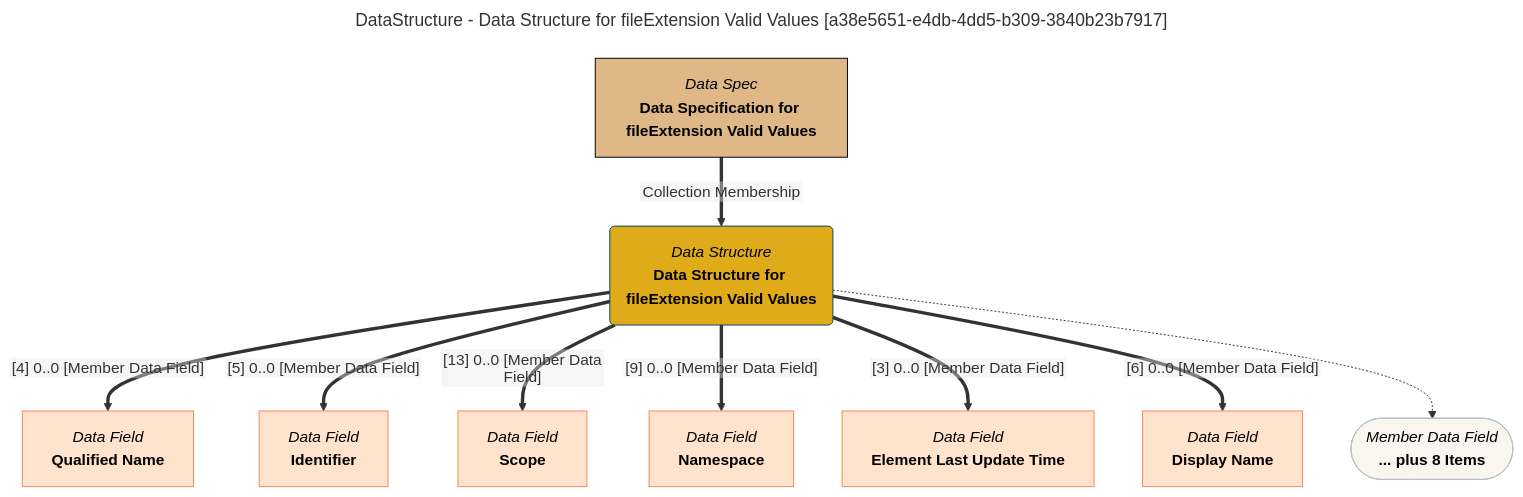
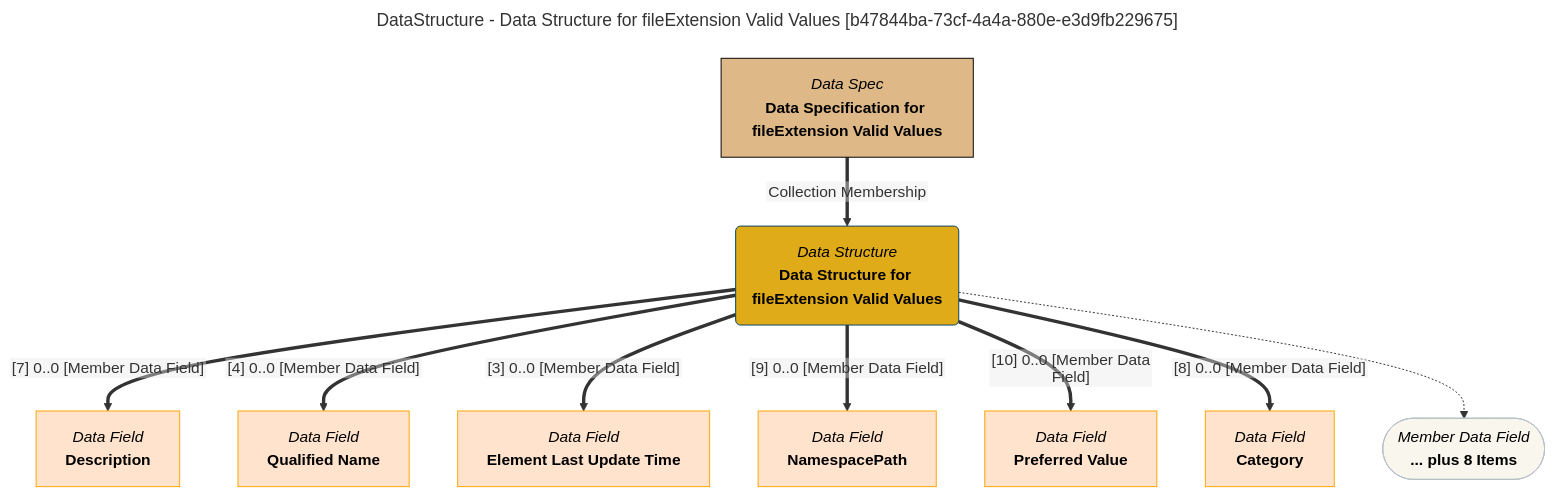
One commit to odpi/egeria-docs changed the diagram in site/snippets/data-structures/data-structure-for-fileextension-valid-values-mermaid-graph.md. Above: the diagram before and after it, drawn with Mermaid. The commit also changed 2201 other files, not shown here.

````diff
--- a/site/snippets/data-structures/data-structure-for-fileextension-valid-values-mermaid-graph.md
+++ b/site/snippets/data-structures/data-structure-for-fileextension-valid-values-mermaid-graph.md
@@ -1,43 +1,43 @@
 ```mermaid
 ---
-title: DataStructure - Data Structure for fileExtension Valid Values [a38e5651-e4db-4dd5-b309-3840b23b7917]
+title: DataStructure - Data Structure for fileExtension Valid Values [b47844ba-73cf-4a4a-880e-e3d9fb229675]
 ---
 flowchart TD
 %%{init: {"flowchart": {"htmlLabels": false}} }%%
 
 1@{ shape: rounded, label: "*Data Structure*
 **Data Structure for fileExtension Valid Values**"}
 2@{ shape: rect, label: "*Data Spec*
 **Data Specification for fileExtension Valid Values**"}
 2==>|"Collection Membership"|1
 3@{ shape: rect, label: "*Data Field*
+**Description**"}
+1==>|"[7] 0..0 [Member Data Field]"|3
+4@{ shape: rect, label: "*Data Field*
 **Qualified Name**"}
-1==>|"[4] 0..0 [Member Data Field]"|3
-4@{ shape: rect, label: "*Data Field*
-**Identifier**"}
-1==>|"[5] 0..0 [Member Data Field]"|4
+1==>|"[4] 0..0 [Member Data Field]"|4
 5@{ shape: rect, label: "*Data Field*
-**Scope**"}
-1==>|"[13] 0..0 [Member Data Field]"|5
+**Element Last Update Time**"}
+1==>|"[3] 0..0 [Member Data Field]"|5
 6@{ shape: rect, label: "*Data Field*
-**Namespace**"}
+**NamespacePath**"}
 1==>|"[9] 0..0 [Member Data Field]"|6
 7@{ shape: rect, label: "*Data Field*
-**Element Last Update Time**"}
-1==>|"[3] 0..0 [Member Data Field]"|7
+**Preferred Value**"}
+1==>|"[10] 0..0 [Member Data Field]"|7
 8@{ shape: rect, label: "*Data Field*
-**Display Name**"}
-1==>|"[6] 0..0 [Member Data Field]"|8
+**Category**"}
+1==>|"[8] 0..0 [Member Data Field]"|8
 9@{ shape: stadium, label: "*Member Data Field*
 **... plus 8 Items**"}
 1-.->9
 style 1 color:#000000, fill:#e0ab18, stroke:#004563
-style 2 color:#000000, fill:#deb887, stroke:#000000
-style 3 color:#000000, fill:#ffe3cc, stroke:#f9845b
-style 4 color:#000000, fill:#ffe3cc, stroke:#f9845b
-style 5 color:#000000, fill:#ffe3cc, stroke:#f9845b
-style 6 color:#000000, fill:#ffe3cc, stroke:#f9845b
-style 7 color:#000000, fill:#ffe3cc, stroke:#f9845b
-style 8 color:#000000, fill:#ffe3cc, stroke:#f9845b
+style 2 color:#000000, fill:#DEB887, stroke:#000000
+style 3 color:#000000, fill:#ffe3cc, stroke:#FFA500
+style 4 color:#000000, fill:#ffe3cc, stroke:#FFA500
+style 5 color:#000000, fill:#ffe3cc, stroke:#FFA500
+style 6 color:#000000, fill:#ffe3cc, stroke:#FFA500
+style 7 color:#000000, fill:#ffe3cc, stroke:#FFA500
+style 8 color:#000000, fill:#ffe3cc, stroke:#FFA500
 style 9 color:#000000, fill:#F9F7ED, stroke:#b7c0c7
 ```
````
